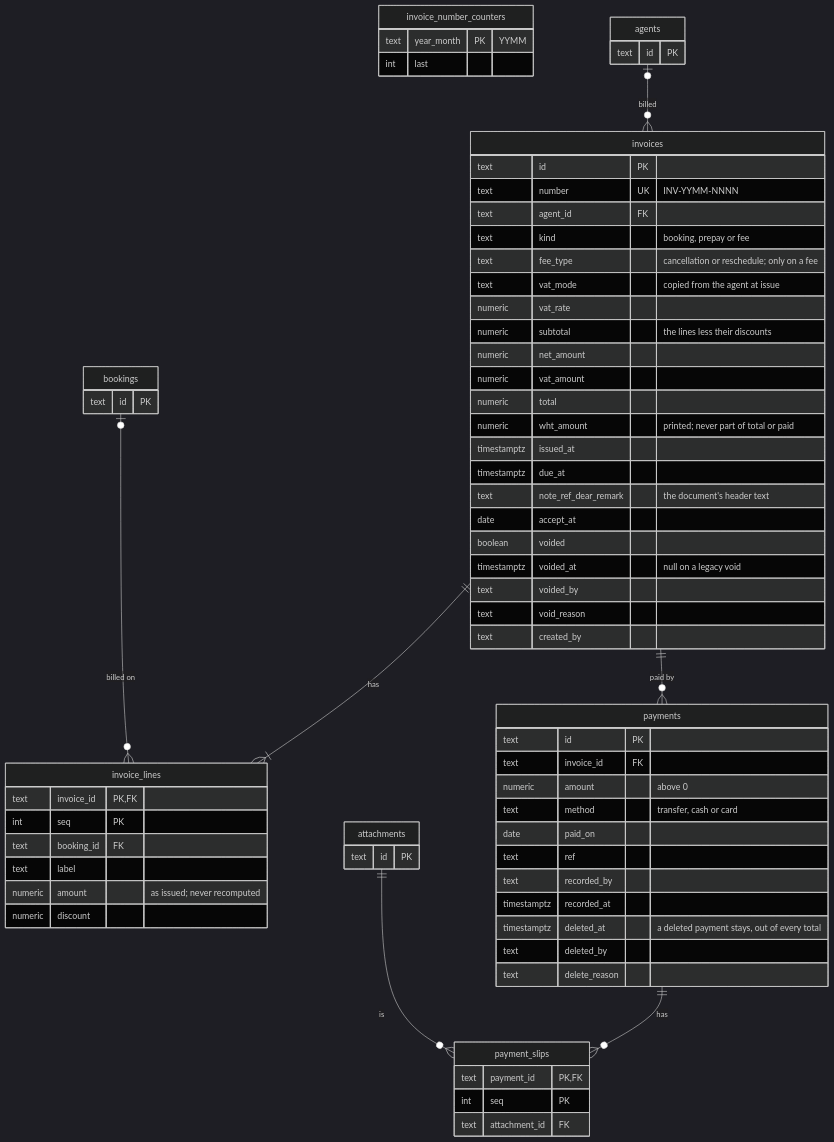
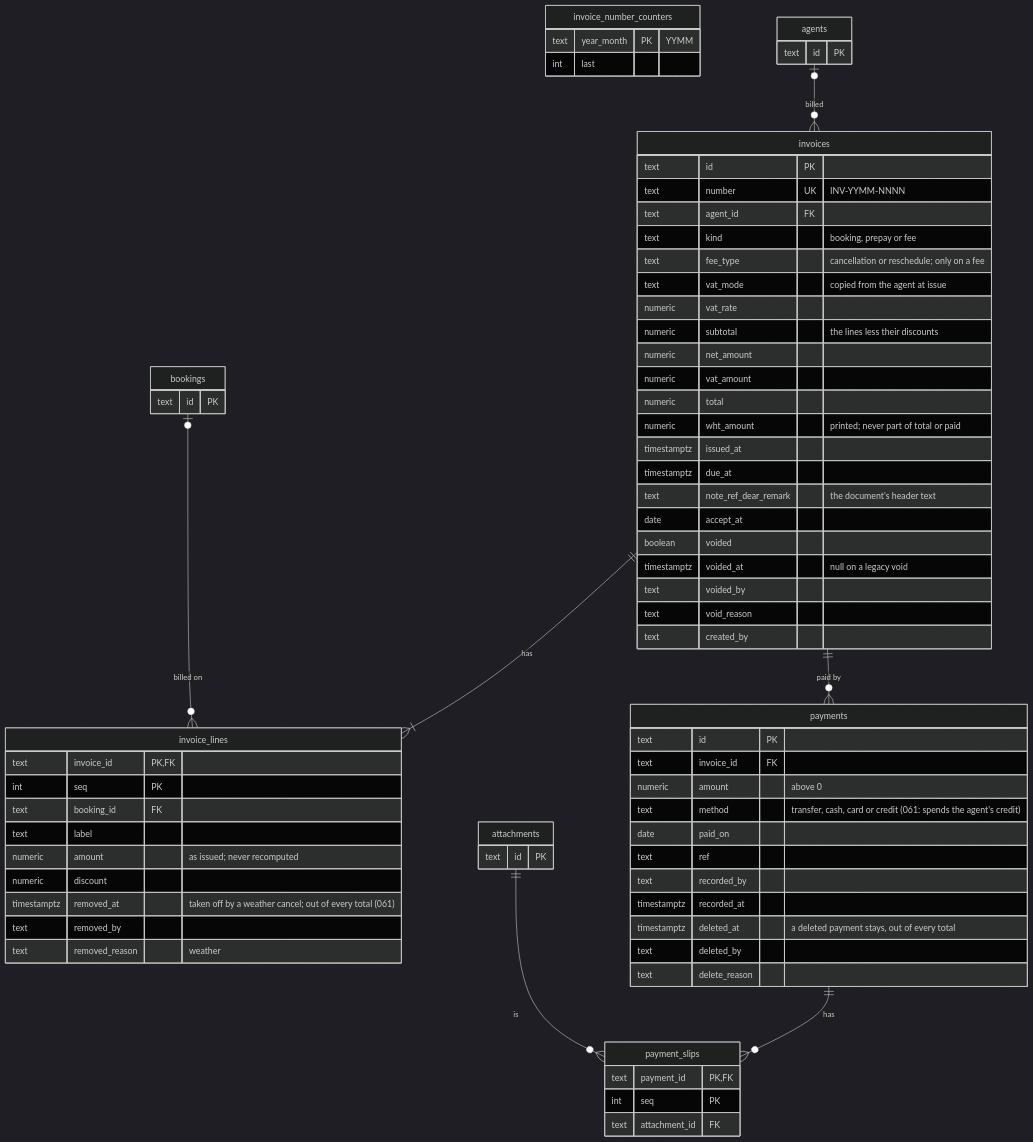
Before and after one commit to TheTaTha5/operation_backend: the eighth of 9 diagrams in docs/schema.md, drawn with Mermaid (dark theme). The commit also changed other lines of this file and 6 other files, not shown here.

Commit message:
docs: weather closures, refund and credit (README, schema, handoff, checklist, notes)

````diff
--- a/docs/schema.md
+++ b/docs/schema.md
@@ -787,65 +792,68 @@
 ```mermaid
 erDiagram
   invoices {
     text id PK
     text number UK "INV-YYMM-NNNN"
     text agent_id FK
     text kind "booking, prepay or fee"
     text fee_type "cancellation or reschedule; only on a fee"
     text vat_mode "copied from the agent at issue"
     numeric vat_rate
     numeric subtotal "the lines less their discounts"
     numeric net_amount
     numeric vat_amount
     numeric total
     numeric wht_amount "printed; never part of total or paid"
     timestamptz issued_at
     timestamptz due_at
     text note_ref_dear_remark "the document's header text"
     date accept_at
     boolean voided
     timestamptz voided_at "null on a legacy void"
     text voided_by
     text void_reason
     text created_by
   }
   invoice_lines {
     text invoice_id PK, FK
     int seq PK
     text booking_id FK
     text label
     numeric amount "as issued; never recomputed"
     numeric discount
+    timestamptz removed_at "taken off by a weather cancel; out of every total (061)"
+    text removed_by
+    text removed_reason "weather"
   }
   invoice_number_counters {
     text year_month PK "YYMM"
     int last
   }
   payments {
     text id PK
     text invoice_id FK
     numeric amount "above 0"
-    text method "transfer, cash or card"
+    text method "transfer, cash, card or credit (061: spends the agent's credit)"
     date paid_on
     text ref
     text recorded_by
     timestamptz recorded_at
     timestamptz deleted_at "a deleted payment stays, out of every total"
     text deleted_by
     text delete_reason
   }
   payment_slips {
     text payment_id PK, FK
     int seq PK
     text attachment_id FK
   }
   agents { text id PK }
   bookings { text id PK }
   attachments { text id PK }
   agents |o--o{ invoices : "billed"
   invoices ||--|{ invoice_lines : "has"
   bookings |o--o{ invoice_lines : "billed on"
   invoices ||--o{ payments : "paid by"
   payments ||--o{ payment_slips : "has"
   attachments ||--o{ payment_slips : "is"
 ```
````
